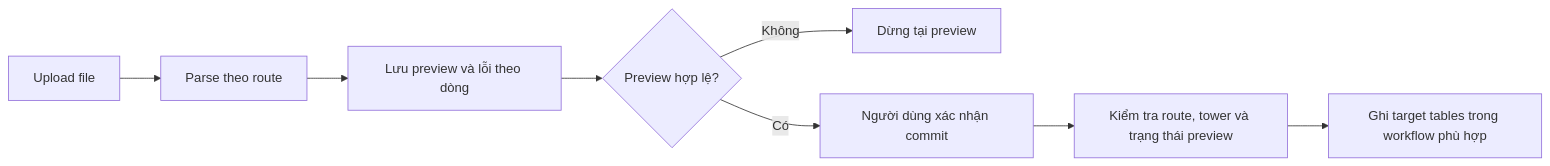
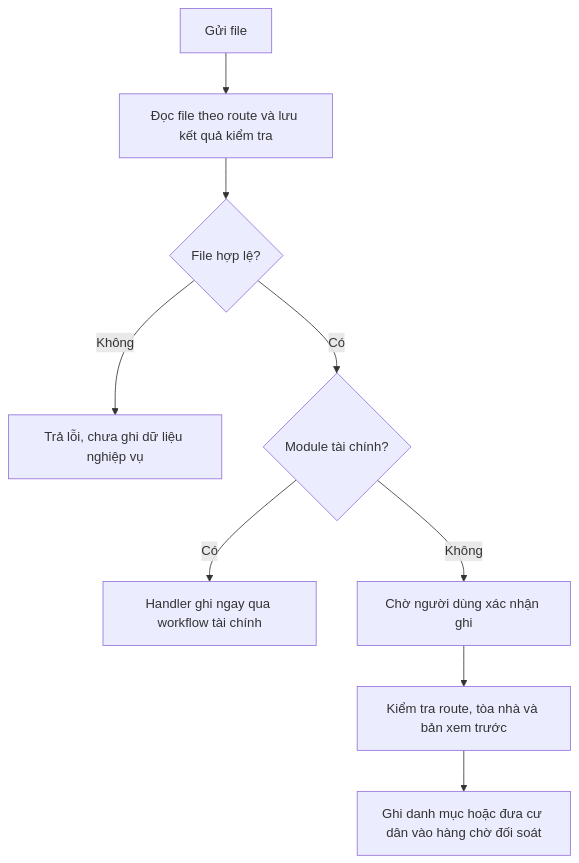
One commit to taho-vn/docs changed the third of 3 diagrams in product-specs/workflow-specifications.mdx. Above: the diagram before and after it, drawn with Mermaid. The commit also changed other lines of this file and 36 other files, not shown here.

````diff
--- a/product-specs/workflow-specifications.mdx
+++ b/product-specs/workflow-specifications.mdx
@@ -211,10 +211,11 @@
 ```mermaid
-flowchart LR
-  A["Upload file"] --> B["Parse theo route"]
-  B --> C["Lưu preview và lỗi theo dòng"]
-  C --> D{"Preview hợp lệ?"}
-  D -- "Không" --> X["Dừng tại preview"]
-  D -- "Có" --> E["Người dùng xác nhận commit"]
-  E --> F["Kiểm tra route, tower và trạng thái preview"]
-  F --> G["Ghi target tables trong workflow phù hợp"]
+flowchart TD
+  A["Gửi file"] --> B["Đọc file theo route và lưu kết quả kiểm tra"]
+  B --> C{"File hợp lệ?"}
+  C -->|Không| D["Trả lỗi, chưa ghi dữ liệu nghiệp vụ"]
+  C -->|Có| E{"Module tài chính?"}
+  E -->|Có| F["Handler ghi ngay qua workflow tài chính"]
+  E -->|Không| G["Chờ người dùng xác nhận ghi"]
+  G --> H["Kiểm tra route, tòa nhà và bản xem trước"]
+  H --> I["Ghi danh mục hoặc đưa cư dân vào hàng chờ đối soát"]
 ```
````
